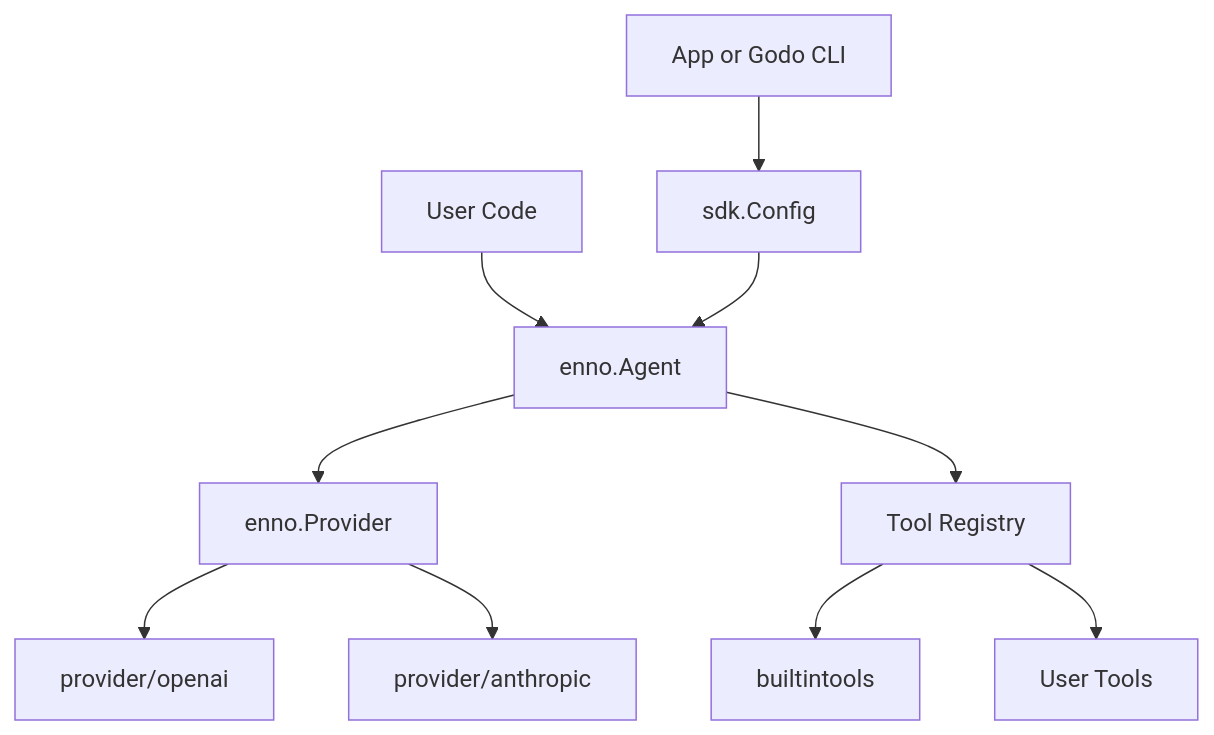
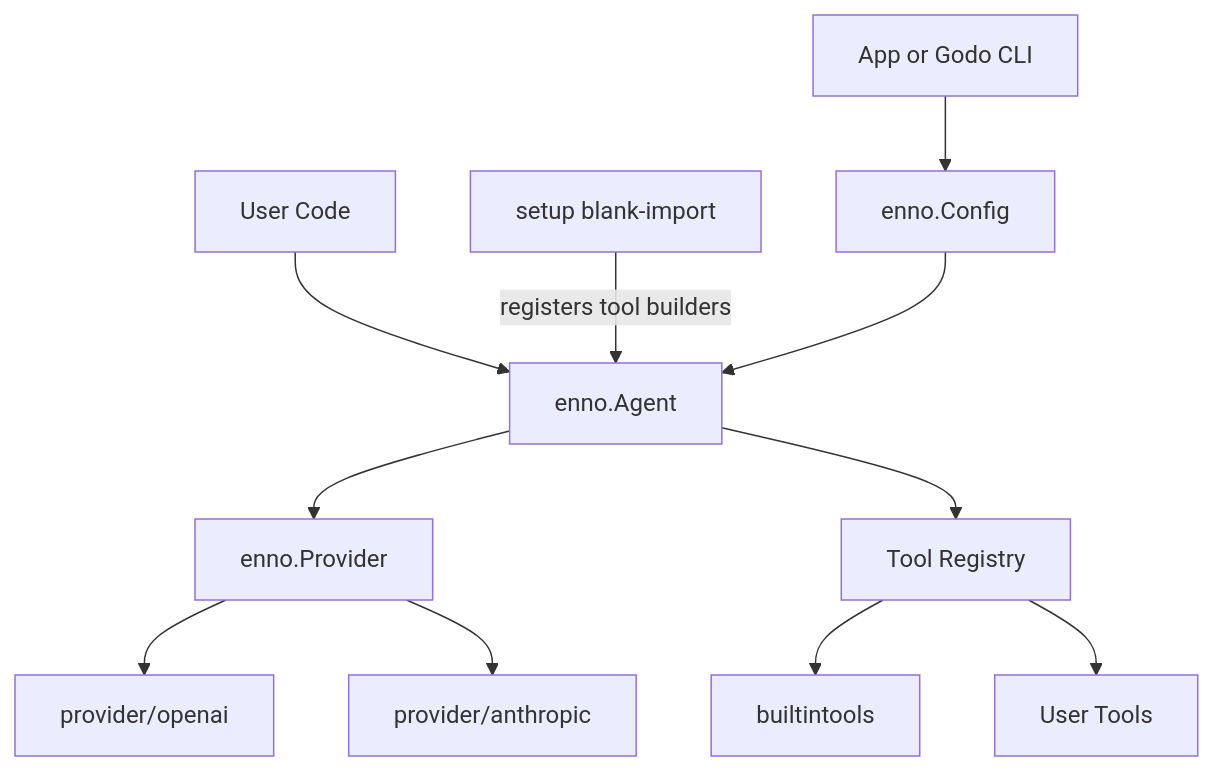
The diagram in docs/design.md (dean2021/enno), drawn with Mermaid before and after one commit. The commit also changed other lines of this file and 22 other files, not shown here.

First line of the commit message:
feat!: remove sdk package, merge all types into root enno package

````diff
--- a/docs/design.md
+++ b/docs/design.md
@@ -147,12 +156,13 @@
 ```mermaid
 flowchart TD
     userCode[User Code] --> agent[enno.Agent]
-    app[App or Godo CLI] --> sdkPkg[sdk.Config]
-    sdkPkg --> agent
+    setupPkg[setup blank-import] -->|registers tool builders| agent
+    app[App or Godo CLI] --> config[enno.Config]
+    config --> agent
     agent --> providerIface[enno.Provider]
     providerIface --> openaiProvider[provider/openai]
     providerIface --> anthropicProvider[provider/anthropic]
     agent --> toolRegistry[Tool Registry]
     toolRegistry --> builtinTools[builtintools]
     toolRegistry --> customTools[User Tools]
 ```
````
